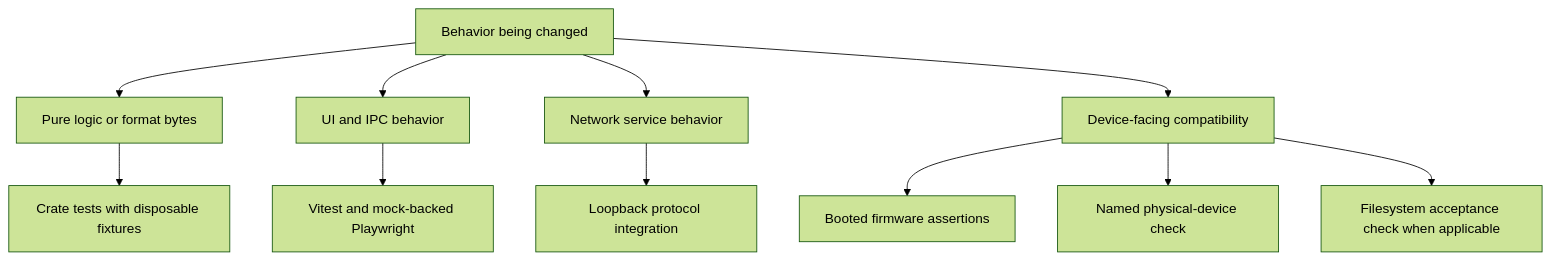
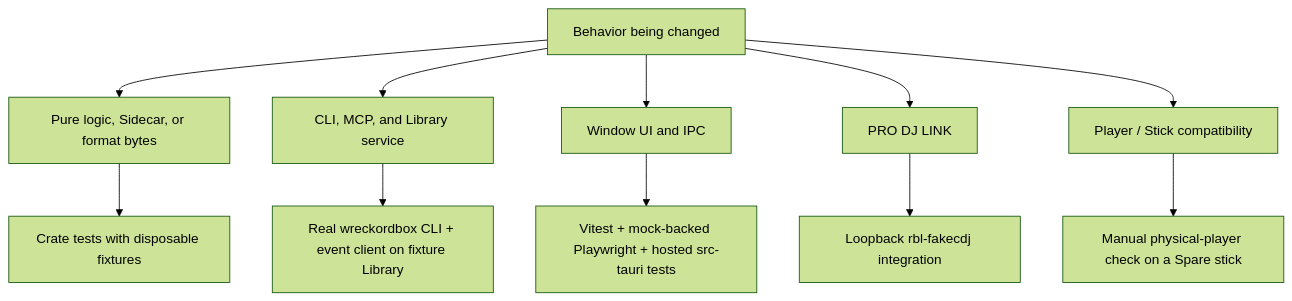
One commit to The-Greg-O/wreckordbox changed the diagram in docs/development/testing.md. Above: the diagram before and after it, drawn with Mermaid (forest theme). The commit also changed other lines of this file and 30 other files, not shown here.

````diff
--- a/docs/development/testing.md
+++ b/docs/development/testing.md
@@ -15,13 +10,13 @@
 ```mermaid
 flowchart TD
-    Change[Behavior being changed] --> Logic[Pure logic or format bytes]
-    Change --> UI[UI and IPC behavior]
-    Change --> Network[Network service behavior]
-    Change --> Device[Device-facing compatibility]
+    Change[Behavior being changed] --> Logic[Pure logic, Sidecar, or format bytes]
+    Change --> Service[CLI, MCP, and Library service]
+    Change --> UI[Window UI and IPC]
+    Change --> Network[PRO DJ LINK]
+    Change --> Device[Player / Stick compatibility]
     Logic --> Unit[Crate tests with disposable fixtures]
-    UI --> Frontend[Vitest and mock-backed Playwright]
-    Network --> Socket[Loopback protocol integration]
-    Device --> Firmware[Booted firmware assertions]
-    Device --> Physical[Named physical-device check]
-    Device --> Filesystem[Filesystem acceptance check when applicable]
+    Service --> Sandbox[Real wreckordbox CLI + event client on fixture Library]
+    UI --> Frontend[Vitest + mock-backed Playwright + hosted src-tauri tests]
+    Network --> Socket[Loopback rbl-fakecdj integration]
+    Device --> Physical[Manual physical-player check on a Spare stick]
 ```
````
